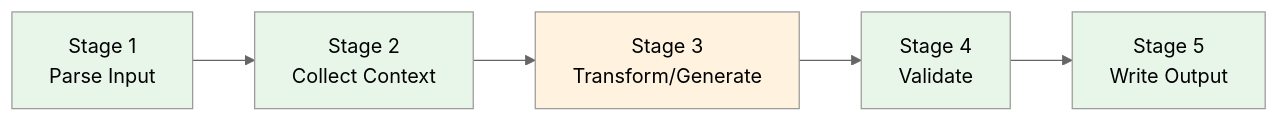
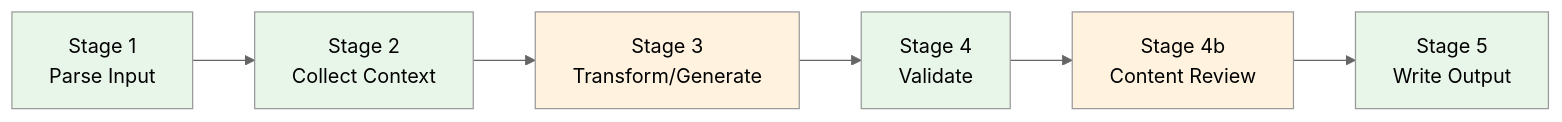
The first of 3 diagrams in docs/architecture/pipeline-pattern.md (aymenmastouri/aicodegencrew), drawn with Mermaid (neutral theme) before and after one commit. The commit also changed other lines of this file and 17 other files, not shown here.

````diff
--- a/docs/architecture/pipeline-pattern.md
+++ b/docs/architecture/pipeline-pattern.md
@@ -26,13 +28,15 @@
 ```mermaid
 graph LR
     S1[Stage 1<br/>Parse Input] --> S2[Stage 2<br/>Collect Context]
     S2 --> S3[Stage 3<br/>Transform/Generate]
     S3 --> S4[Stage 4<br/>Validate]
-    S4 --> S5[Stage 5<br/>Write Output]
+    S4 --> S4b[Stage 4b<br/>Content Review]
+    S4b --> S5[Stage 5<br/>Write Output]
 
     style S1 fill:#e8f5e9
     style S2 fill:#e8f5e9
     style S3 fill:#fff3e0
     style S4 fill:#e8f5e9
+    style S4b fill:#fff3e0
     style S5 fill:#e8f5e9
 ```
````
